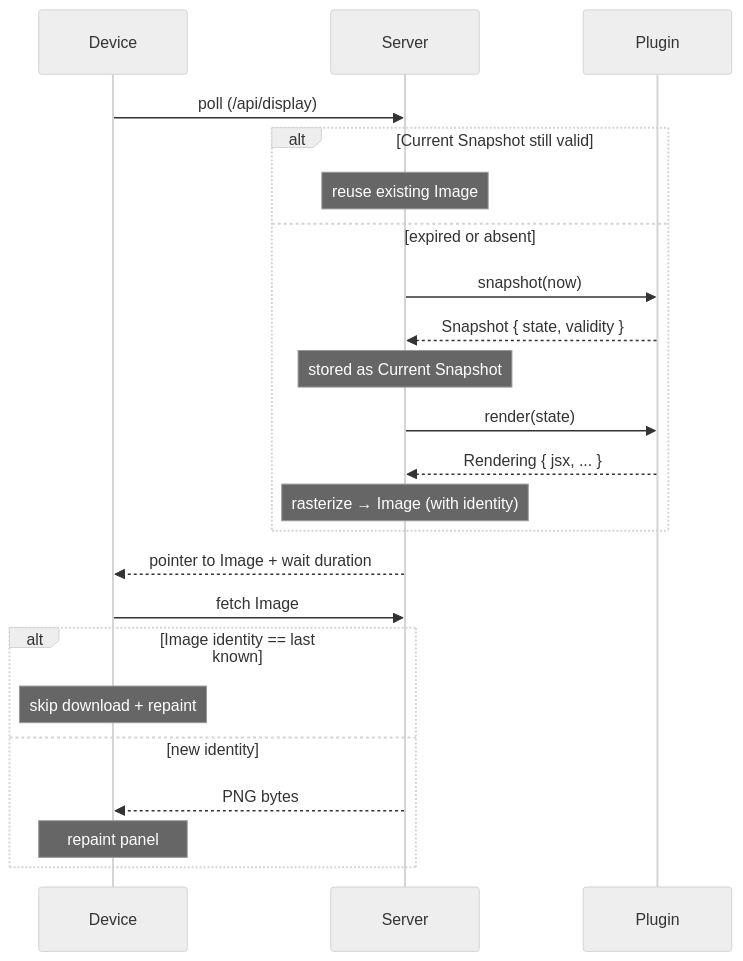
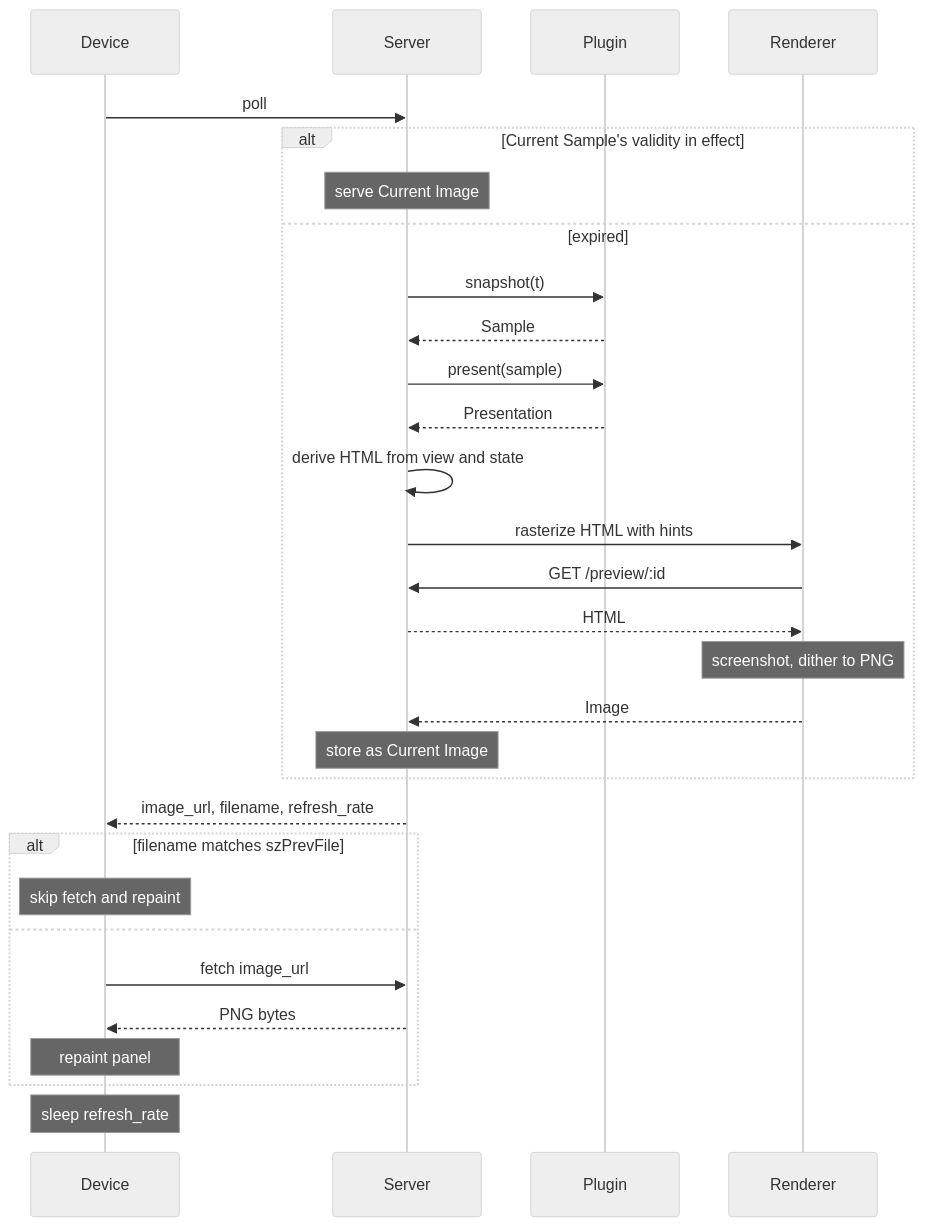
Before and after one commit to hertzg/trmnl_byos_deno: the diagram in CONTEXT.md, drawn with Mermaid (neutral theme). The commit also changed other lines of this file and 20 other files, not shown here.

````diff
--- a/CONTEXT.md
+++ b/CONTEXT.md
@@ -50,30 +73,37 @@
 ```mermaid
 sequenceDiagram
     participant Device
     participant Server
     participant Plugin
+    participant Renderer
 
-    Device->>Server: poll (/api/display)
+    Device->>Server: poll
 
-    alt Current Snapshot still valid
-        Note over Server: reuse existing Image
-    else expired or absent
-        Server->>Plugin: snapshot(now)
-        Plugin-->>Server: Snapshot { state, validity }
-        Note over Server: stored as Current Snapshot
-        Server->>Plugin: render(state)
-        Plugin-->>Server: Rendering { jsx, ... }
-        Note over Server: rasterize → Image (with identity)
+    alt Current Sample's validity in effect
+        Note over Server: serve Current Image
+    else expired
+        Server->>Plugin: snapshot(t)
+        Plugin-->>Server: Sample
+        Server->>Plugin: present(sample)
+        Plugin-->>Server: Presentation
+        Server->>Server: derive HTML from view and state
+        Server->>Renderer: rasterize HTML with hints
+        Renderer->>Server: GET /preview/:id
+        Server-->>Renderer: HTML
+        Note over Renderer: screenshot, dither to PNG
+        Renderer-->>Server: Image
+        Note over Server: store as Current Image
     end
 
-    Server-->>Device: pointer to Image + wait duration
+    Server-->>Device: image_url, filename, refresh_rate
 
-    Device->>Server: fetch Image
-
-    alt Image identity == last known
-        Note over Device: skip download + repaint
-    else new identity
+    alt filename matches szPrevFile
+        Note over Device: skip fetch and repaint
+    else
+        Device->>Server: fetch image_url
         Server-->>Device: PNG bytes
         Note over Device: repaint panel
     end
+
+    Note over Device: sleep refresh_rate
 ```
````
